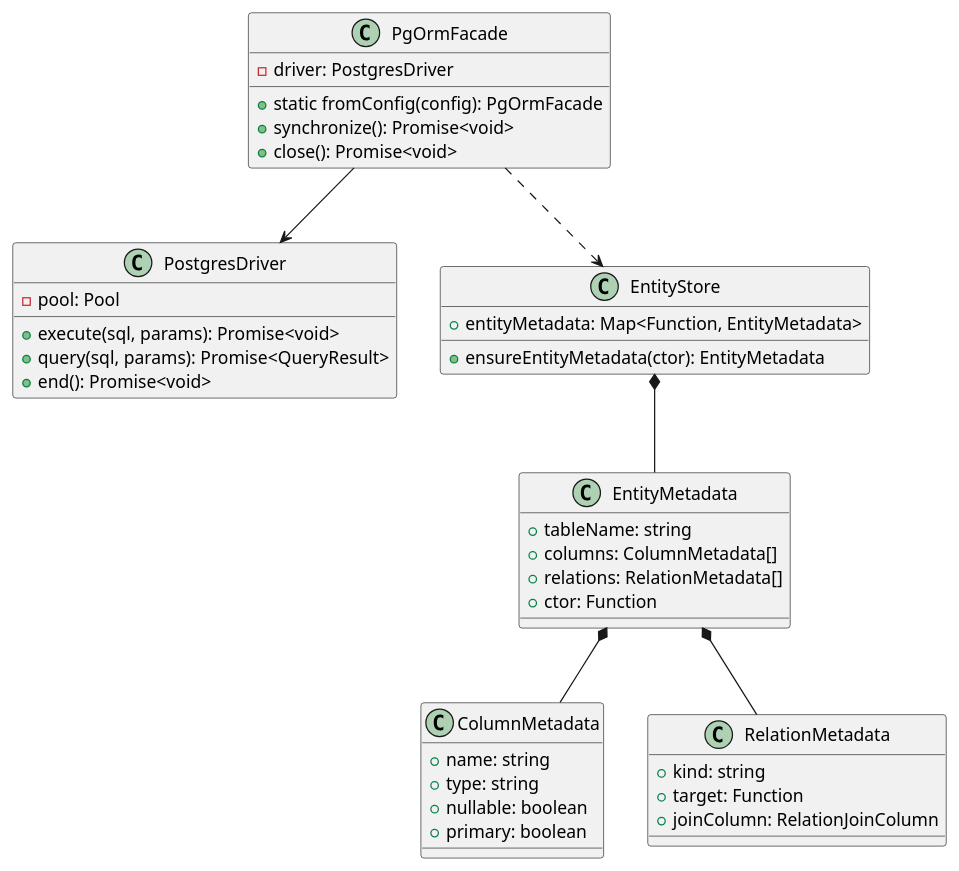
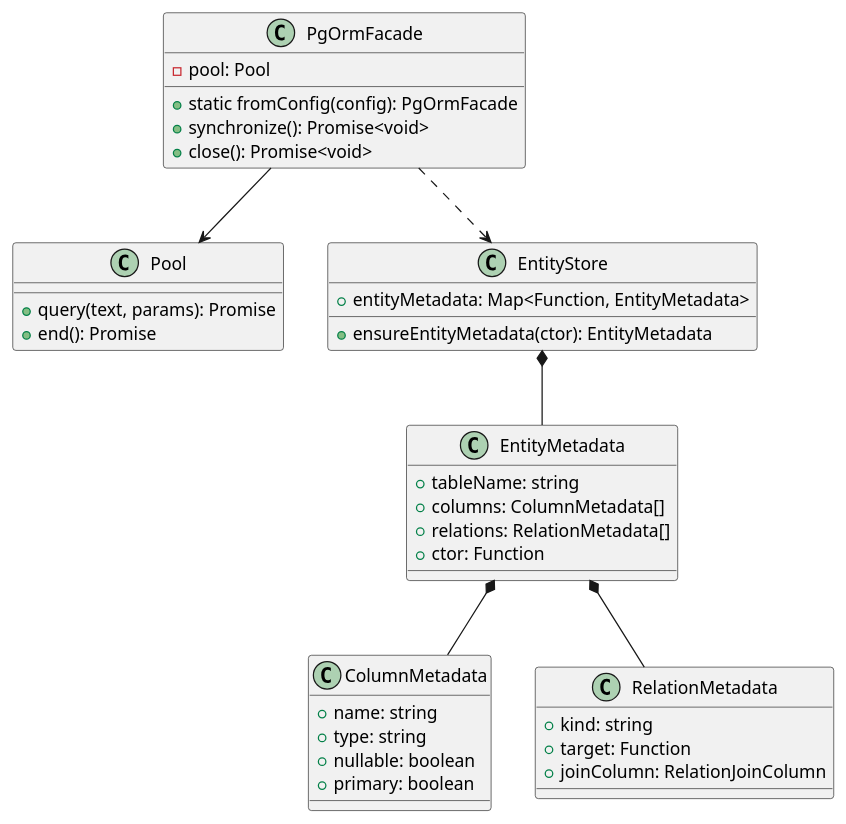
One commit to mKepka16/agh-design-patterns changed the diagram in docs/diagrams/class-diagram.puml. Above: the diagram before and after it, drawn with PlantUML. The commit also changed 5 other files, not shown here.

Commit message:
Remove adapter pattern in diagrams

```diff
--- a/docs/diagrams/class-diagram.puml
+++ b/docs/diagrams/class-diagram.puml
@@ -1,46 +1,44 @@
 @startuml
 class PgOrmFacade {
-    - driver: PostgresDriver
+    - pool: Pool
     + static fromConfig(config): PgOrmFacade
     + synchronize(): Promise<void>
     + close(): Promise<void>
 }
 
-class PostgresDriver {
-    - pool: Pool
-    + execute(sql, params): Promise<void>
-    + query(sql, params): Promise<QueryResult>
-    + end(): Promise<void>
+class Pool {
+    + query(text, params): Promise
+    + end(): Promise
 }
 
 class EntityMetadata {
     + tableName: string
     + columns: ColumnMetadata[]
     + relations: RelationMetadata[]
     + ctor: Function
 }
 
 class ColumnMetadata {
     + name: string
     + type: string
     + nullable: boolean
     + primary: boolean
 }
 
 class RelationMetadata {
     + kind: string
     + target: Function
     + joinColumn: RelationJoinColumn
 }
 
 class EntityStore {
     + entityMetadata: Map<Function, EntityMetadata>
     + ensureEntityMetadata(ctor): EntityMetadata
 }
 
-PgOrmFacade --> PostgresDriver
+PgOrmFacade --> Pool
 PgOrmFacade ..> EntityStore
 EntityStore *-- EntityMetadata
 EntityMetadata *-- ColumnMetadata
 EntityMetadata *-- RelationMetadata
 @enduml
```
